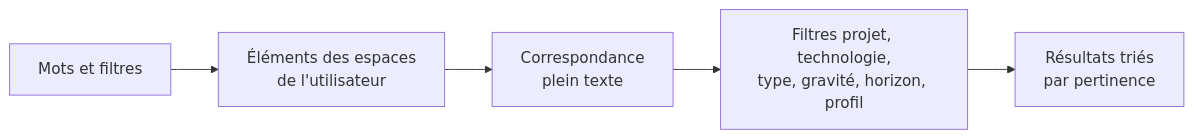
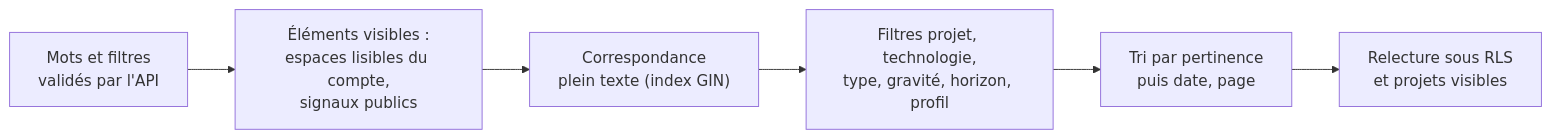
Before and after one commit to FTurleque/argos-tech-platform: the diagram in docs/specifications/recherche-veille.md, drawn with Mermaid. The commit also changed other lines of this file and 12 other files, not shown here.

````diff
--- a/docs/specifications/recherche-veille.md
+++ b/docs/specifications/recherche-veille.md
@@ -73,7 +86,8 @@
 ```mermaid
 flowchart LR
-    A["Mots et filtres"] --> B["Éléments des espaces<br/>de l'utilisateur"]
-    B --> C["Correspondance<br/>plein texte"]
+    A["Mots et filtres<br/>validés par l'API"] --> B["Éléments visibles :<br/>espaces lisibles du compte,<br/>signaux publics"]
+    B --> C["Correspondance<br/>plein texte (index GIN)"]
     C --> D["Filtres projet, technologie,<br/>type, gravité, horizon, profil"]
-    D --> E["Résultats triés<br/>par pertinence"]
+    D --> E["Tri par pertinence<br/>puis date, page"]
+    E --> F["Relecture sous RLS<br/>et projets visibles"]
 ```
````
